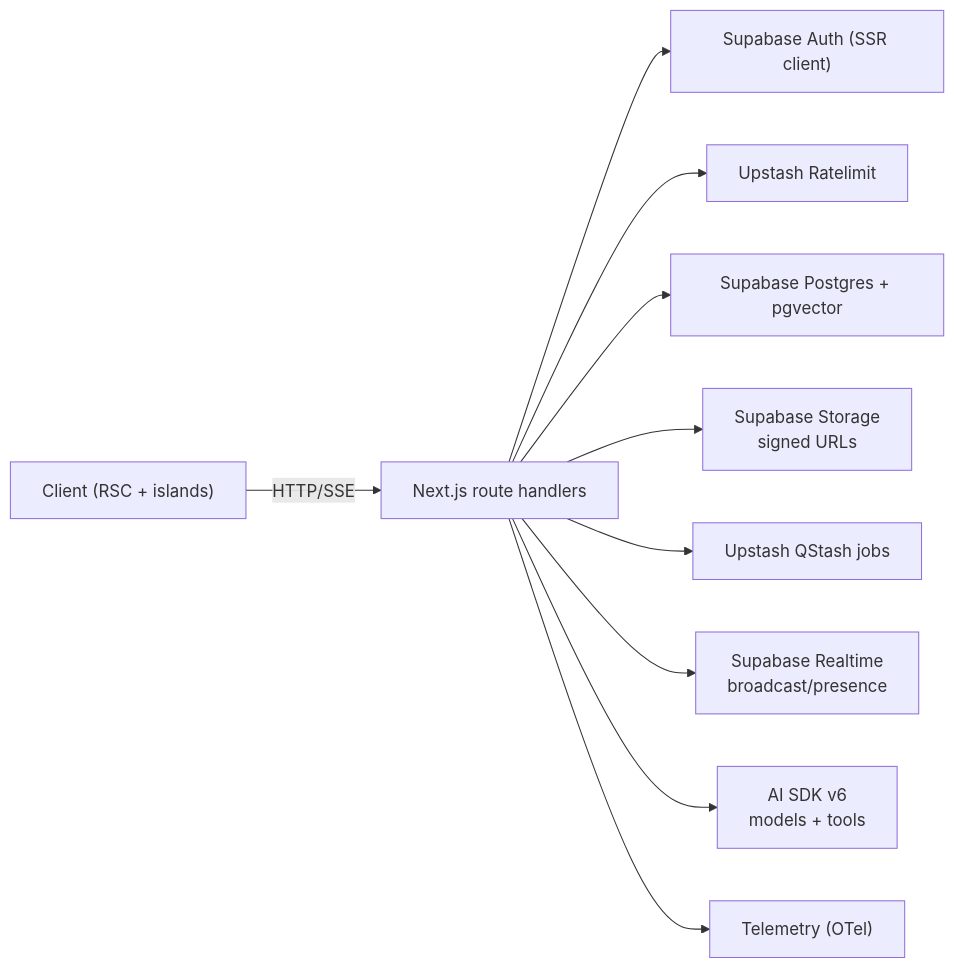
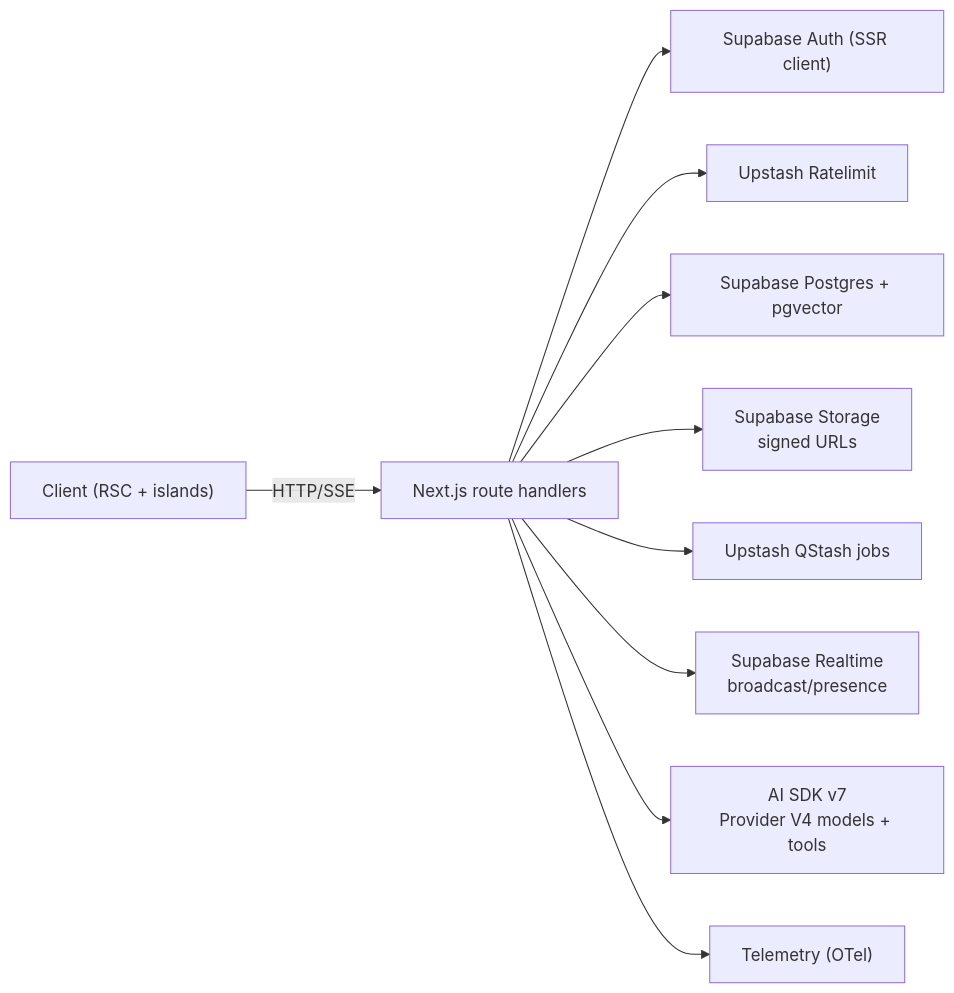
One commit to BjornMelin/tripsage-ai changed the diagram in docs/architecture/frontend-architecture.md. Above: the diagram before and after it, drawn with Mermaid. The commit also changed other lines of this file and 44 other files, not shown here.

Commit message:
docs(ai): align v7 architecture and operations

````diff
--- a/docs/architecture/frontend-architecture.md
+++ b/docs/architecture/frontend-architecture.md
@@ -257,23 +257,23 @@
 ```mermaid
 flowchart LR
     UI["Client (RSC + islands)"]
     API["Next.js route handlers"]
     AUTH["Supabase Auth (SSR client)"]
     RL["Upstash Ratelimit"]
     DB["Supabase Postgres + pgvector"]
     STG["Supabase Storage<br/>signed URLs"]
     QS["Upstash QStash jobs"]
     RT["Supabase Realtime<br/>broadcast/presence"]
-    LLM["AI SDK v6<br/>models + tools"]
+    LLM["AI SDK v7<br/>Provider V4 models + tools"]
     OBS["Telemetry (OTel)"]
 
     UI -->|HTTP/SSE| API
     API --> AUTH
     API --> RL
     API --> DB
     API --> STG
     API --> QS
     API --> RT
     API --> LLM
     API --> OBS
 ```
````
